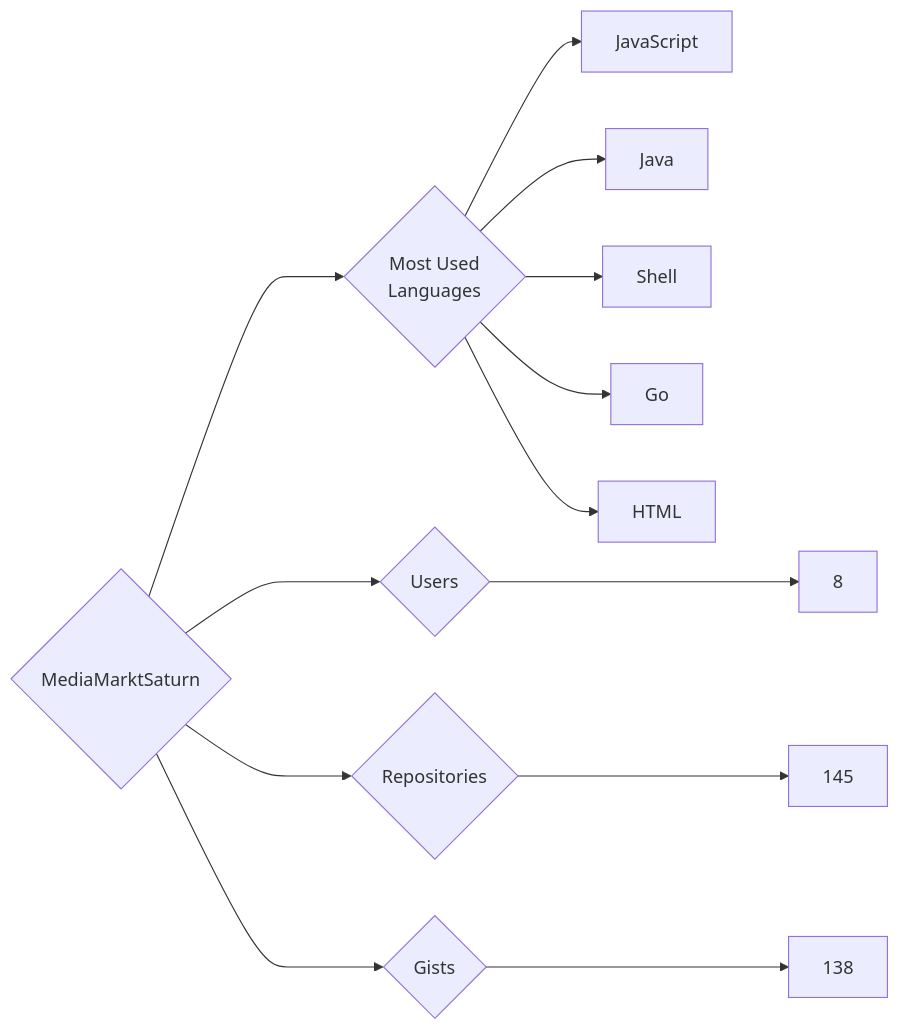
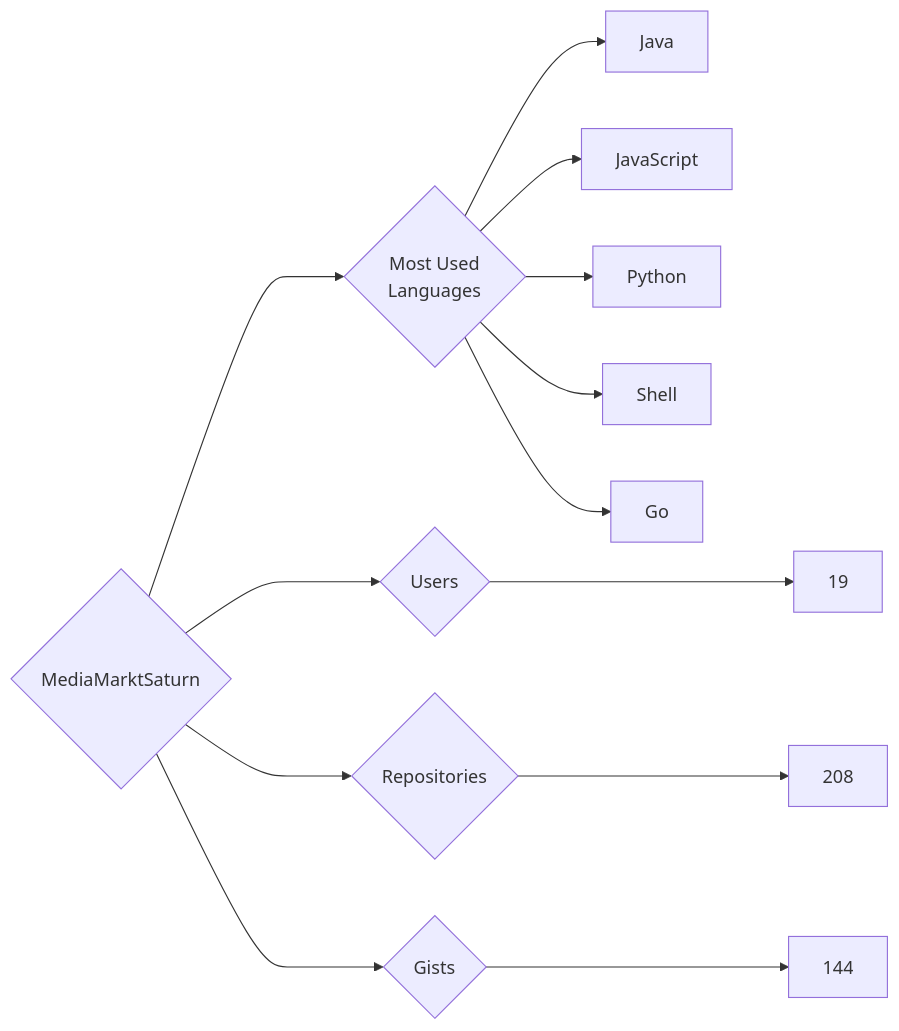
One commit to trickest/insiders changed the diagram in targets/MediaMarktSaturn/README.md. Above: the diagram before and after it, drawn with Mermaid. The commit also changed 976 other files, not shown here.

````diff
--- a/targets/MediaMarktSaturn/README.md
+++ b/targets/MediaMarktSaturn/README.md
@@ -3,13 +3,13 @@
 ```mermaid
 graph LR
 COMPANY_NAME{MediaMarktSaturn}
-COMPANY_NAME ---> U{Users} ---> UN[8]
-COMPANY_NAME ---> R{Repositories} ---> RN[145]
-COMPANY_NAME ---> G{Gists} ---> GN[138]
+COMPANY_NAME ---> U{Users} ---> UN[19]
+COMPANY_NAME ---> R{Repositories} ---> RN[208]
+COMPANY_NAME ---> G{Gists} ---> GN[144]
 COMPANY_NAME ---> ML{Most Used<br>Languages}
+ML --> Java[Java]
 ML --> JavaScript[JavaScript]
-ML --> Java[Java]
+ML --> Python[Python]
 ML --> Shell[Shell]
 ML --> Go[Go]
-ML --> HTML[HTML]
 ```
````
